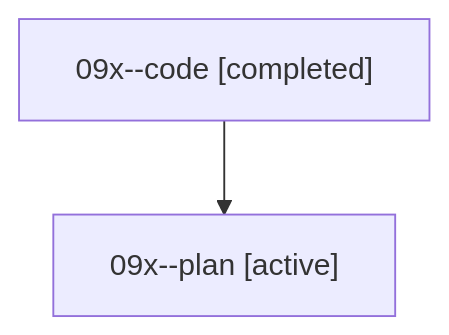
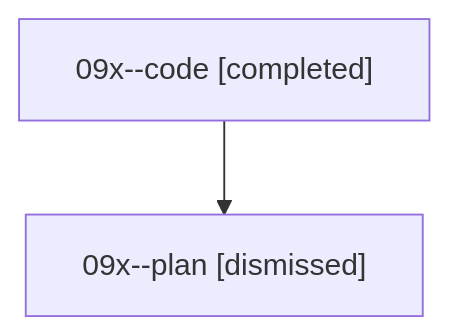
The diagram in sessions/bbugyi200.athena.09x.md (bobs-org/bob-cli--agents), drawn with Mermaid before and after one commit. The commit also changed other lines of this file and 28 other files, not shown here.

````diff
--- a/sessions/bbugyi200.athena.09x.md
+++ b/sessions/bbugyi200.athena.09x.md
@@ -9,6 +9,6 @@
 ```mermaid
 flowchart TD
   n0["09x--code [completed]"]
-  n1["09x--plan [active]"]
+  n1["09x--plan [dismissed]"]
   n0 --> n1
 ```
````
